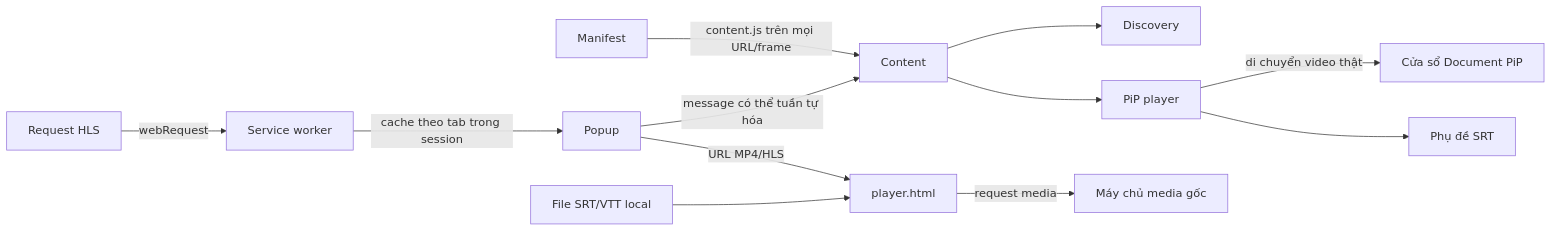
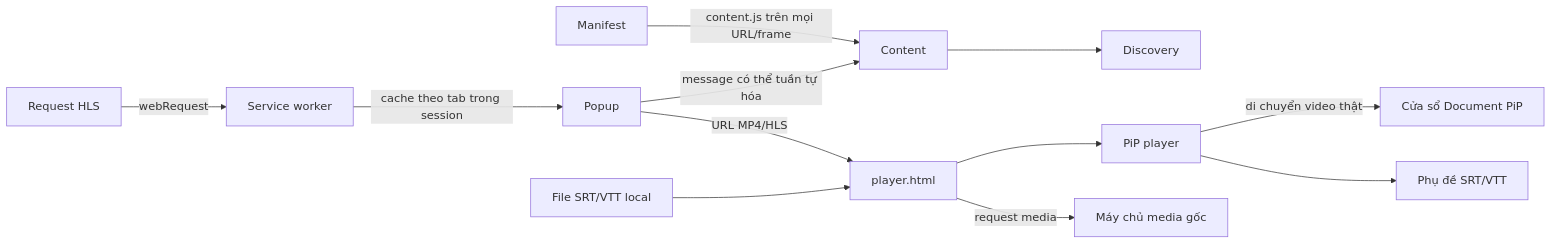
The diagram in extension/docs/ARCHITECTURE.md (duthanhduoc/AI-Subtitle), drawn with Mermaid before and after one commit. The commit also changed other lines of this file and 21 other files, not shown here.

````diff
--- a/extension/docs/ARCHITECTURE.md
+++ b/extension/docs/ARCHITECTURE.md
@@ -3,14 +3,14 @@
 ```mermaid
 flowchart LR
   Manifest -->|content.js trên mọi URL/frame| Content
   Popup -->|message có thể tuần tự hóa| Content
   Requests[Request HLS] -->|webRequest| Worker[Service worker]
   Worker -->|cache theo tab trong session| Popup
   Content --> Discovery
-  Content --> PipPlayer[PiP player]
-  PipPlayer -->|di chuyển video thật| PiP[Cửa sổ Document PiP]
-  PipPlayer --> Subtitles[Phụ đề SRT]
   Popup -->|URL MP4/HLS| ExtensionPlayer[player.html]
   LocalFiles[File SRT/VTT local] --> ExtensionPlayer
+  ExtensionPlayer --> PipPlayer[PiP player]
+  PipPlayer -->|di chuyển video thật| PiP[Cửa sổ Document PiP]
+  PipPlayer --> Subtitles[Phụ đề SRT/VTT]
   ExtensionPlayer -->|request media| MediaServer[Máy chủ media gốc]
 ```
````
